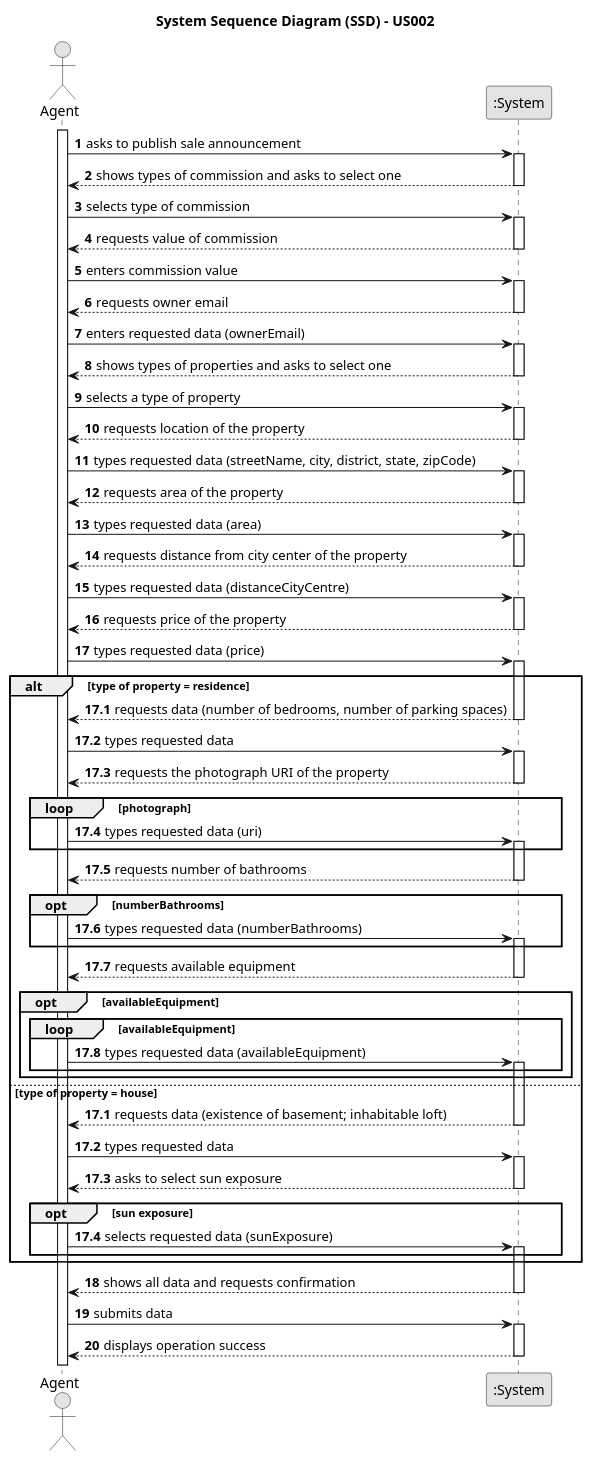
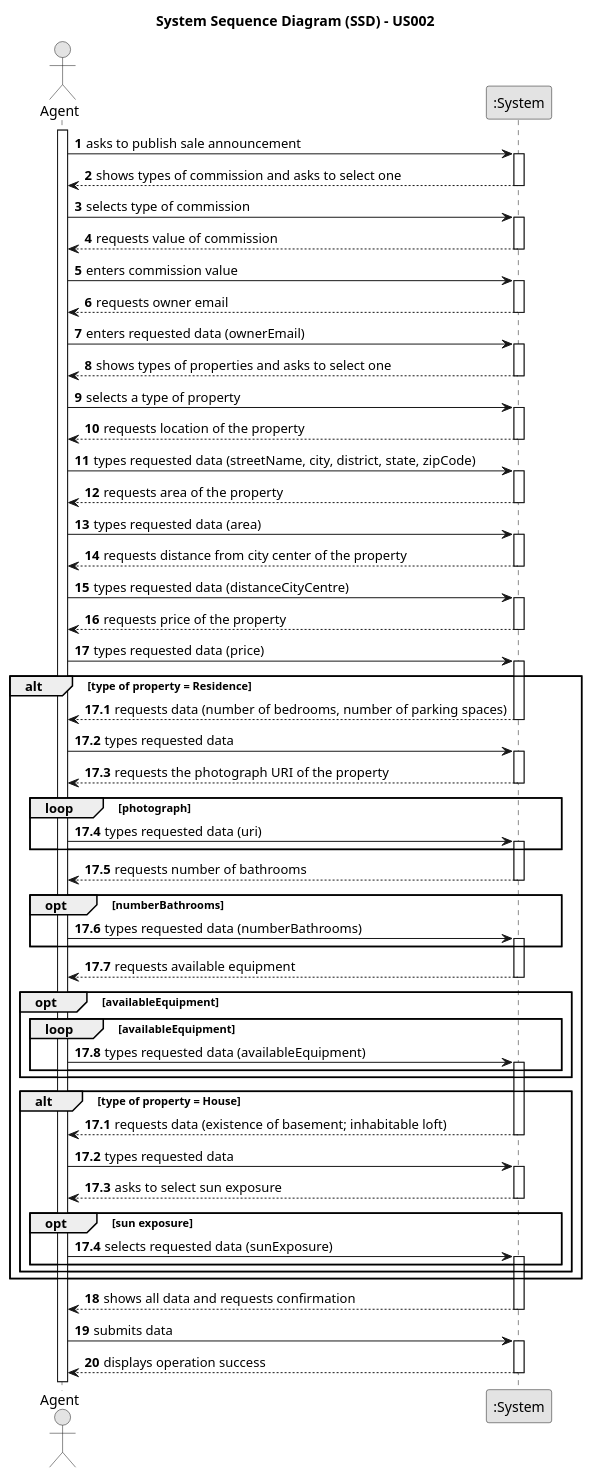
One commit to rita-barbosa/LAPR2-2223 changed the diagram in docs/sprintB/us002/01.requirements-engineering/puml/us002-system-sequence-diagram.puml. Above: the diagram before and after it, drawn with PlantUML. The commit also changed 8 other files, not shown here.

```diff
--- a/docs/sprintB/us002/01.requirements-engineering/puml/us002-system-sequence-diagram.puml
+++ b/docs/sprintB/us002/01.requirements-engineering/puml/us002-system-sequence-diagram.puml
@@ -1,131 +1,133 @@
 @startuml
 skinparam monochrome true
 skinparam packageStyle rectangle
 skinparam shadowing false
 
 title System Sequence Diagram (SSD) - US002
 
 autonumber
 
 actor "Agent" as Employee
 participant ":System" as System
 
 activate Employee
 
     Employee -> System : asks to publish sale announcement
     activate System
 
       System --> Employee : shows types of commission and asks to select one
     deactivate System
 
     Employee -> System : selects type of commission
     activate System
 
     System --> Employee : requests value of commission
     deactivate System
 
     Employee -> System : enters commission value
     activate System
 
     System --> Employee : requests owner email
     deactivate System
 
     Employee -> System : enters requested data (ownerEmail)
     activate System
 
     System --> Employee : shows types of properties and asks to select one
     deactivate System
 
     Employee -> System : selects a type of property
     activate System
 
     System --> Employee : requests location of the property
     deactivate System
 
     Employee -> System : types requested data (streetName, city, district, state, zipCode)
     activate System
 
     System --> Employee : requests area of the property
     deactivate System
 
     Employee -> System : types requested data (area)
     activate System
 
     System --> Employee : requests distance from city center of the property
     deactivate System
 
     Employee -> System : types requested data (distanceCityCentre)
     activate System
 
     System --> Employee : requests price of the property
     deactivate System
 
     Employee -> System : types requested data (price)
     activate System
 
 
-    alt type of property = residence
+    alt type of property = Residence
 
      autonumber 17.1
         System --> Employee : requests data (number of bedrooms, number of parking spaces)
         deactivate System
 
         Employee -> System : types requested data
         activate System
 
         System --> Employee : requests the photograph URI of the property
         deactivate System
 
             loop photograph
             Employee -> System : types requested data (uri)
             activate System
             end loop
 
 
         System --> Employee : requests number of bathrooms
         deactivate System
 
             opt numberBathrooms
             Employee -> System : types requested data (numberBathrooms)
             activate System
             end opt
 
         System --> Employee : requests available equipment
         deactivate System
 
             opt availableEquipment
                 loop availableEquipment
                 Employee -> System : types requested data (availableEquipment)
                 activate System
                 end loop
             end opt
 
-    else type of property = house
+        alt type of property = House
 
         autonumber 17.1
         System --> Employee : requests data (existence of basement; inhabitable loft)
         deactivate System
 
         Employee -> System : types requested data
         activate System
 
         System --> Employee : asks to select sun exposure
         deactivate System
 
             opt sun exposure
             Employee -> System : selects requested data (sunExposure)
             activate System
             end opt
 
-    end
+        end alt
+
+    end alt
     autonumber 18
         System --> Employee : shows all data and requests confirmation
     deactivate System
 
     Employee -> System : submits data
     activate System
 
         System --> Employee : displays operation success
     deactivate System
 
 @enduml
```
